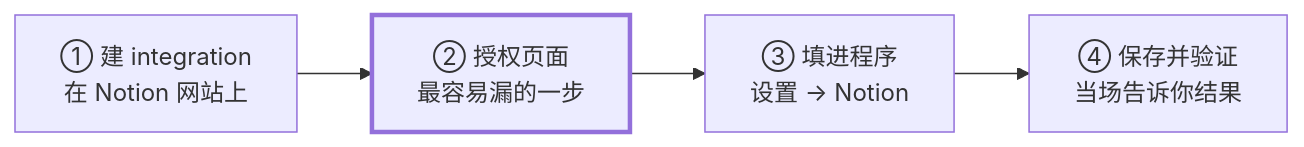
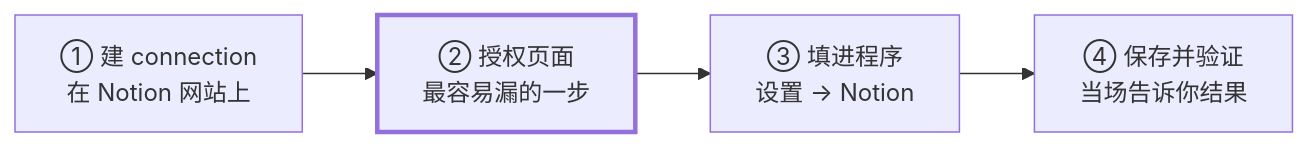
Before and after one commit to LethalKebab/steam-achievement-tracker: the first of 2 diagrams in docs/notion-setup.md, drawn with Mermaid. The commit also changed other lines of this file and 13 other files, not shown here.

````diff
--- a/docs/notion-setup.md
+++ b/docs/notion-setup.md
@@ -10,7 +10,7 @@
 ```mermaid
 flowchart LR
-    A["① 建 integration<br/>在 Notion 网站上"] --> B["② 授权页面<br/>最容易漏的一步"]
+    A["① 建 connection<br/>在 Notion 网站上"] --> B["② 授权页面<br/>最容易漏的一步"]
     B --> C["③ 填进程序<br/>设置 → Notion"]
     C --> D["④ 保存并验证<br/>当场告诉你结果"]
     style B stroke-width:3px
 ```
````
